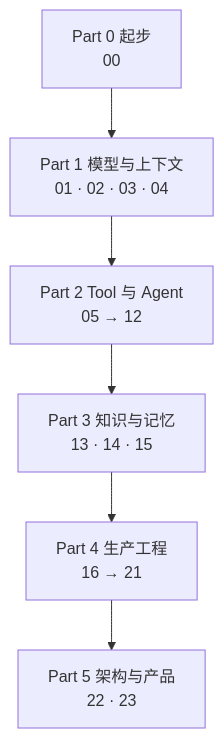
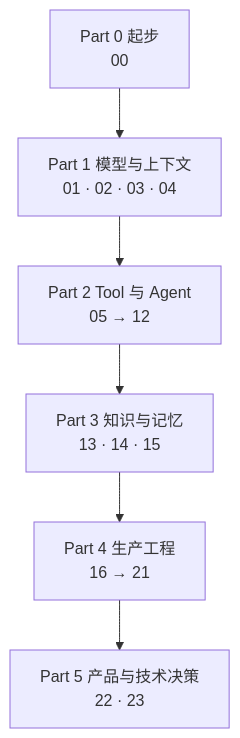
One commit to lance2016/ai-app-engineering changed the first of 2 diagrams in lessons/README.md. Above: the diagram before and after it, drawn with Mermaid. The commit also changed other lines of this file and 7 other files, not shown here.

````diff
--- a/lessons/README.md
+++ b/lessons/README.md
@@ -35,8 +35,8 @@
 ```mermaid
 flowchart TB
     P0["Part 0 起步<br/>00"] --> P1["Part 1 模型与上下文<br/>01 · 02 · 03 · 04"]
     P1 --> P2["Part 2 Tool 与 Agent<br/>05 → 12"]
     P2 --> P3["Part 3 知识与记忆<br/>13 · 14 · 15"]
     P3 --> P4["Part 4 生产工程<br/>16 → 21"]
-    P4 --> P5["Part 5 架构与产品<br/>22 · 23"]
+    P4 --> P5["Part 5 产品与技术决策<br/>22 · 23"]
 ```
````
